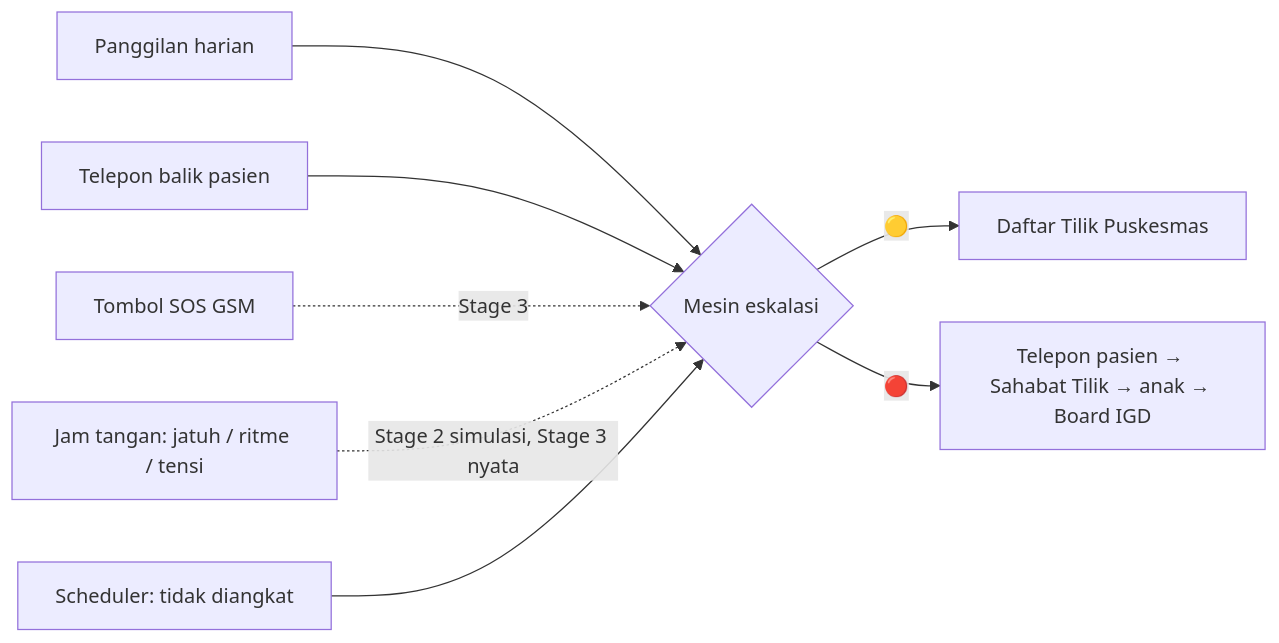
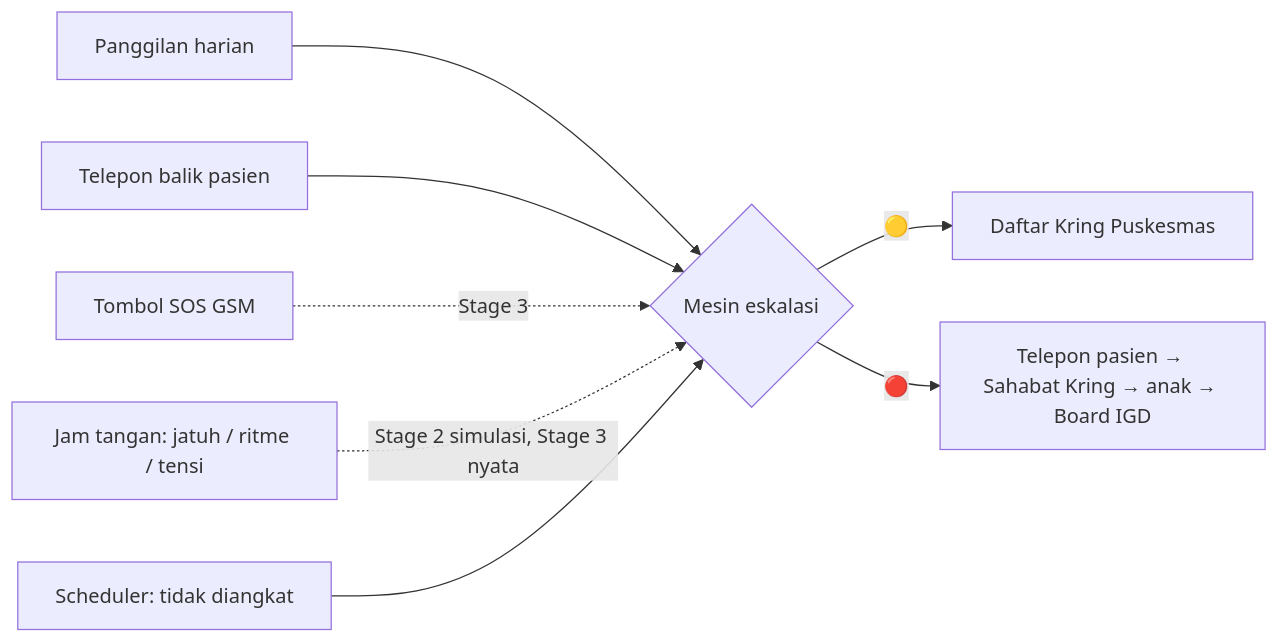
The second of 4 diagrams in docs/stage-0/03_ARSITEKTUR_TEKNIS.md (raphaeladikara/Joints-UGM_IRIS-Heisenberg), drawn with Mermaid before and after one commit. The commit also changed other lines of this file and 29 other files, not shown here.

````diff
--- a/docs/stage-0/03_ARSITEKTUR_TEKNIS.md
+++ b/docs/stage-0/03_ARSITEKTUR_TEKNIS.md
@@ -116,10 +148,10 @@
 ```mermaid
 flowchart LR
   A[Panggilan harian] --> E{Mesin eskalasi}
   B[Telepon balik pasien] --> E
   C[Tombol SOS GSM] -.Stage 3.-> E
   D[Jam tangan: jatuh / ritme / tensi] -.Stage 2 simulasi, Stage 3 nyata.-> E
   F[Scheduler: tidak diangkat] --> E
-  E -->|🟡| P[Daftar Tilik Puskesmas]
-  E -->|🔴| Q[Telepon pasien → Sahabat Tilik → anak → Board IGD]
+  E -->|🟡| P[Daftar Kring Puskesmas]
+  E -->|🔴| Q[Telepon pasien → Sahabat Kring → anak → Board IGD]
 ```
````
